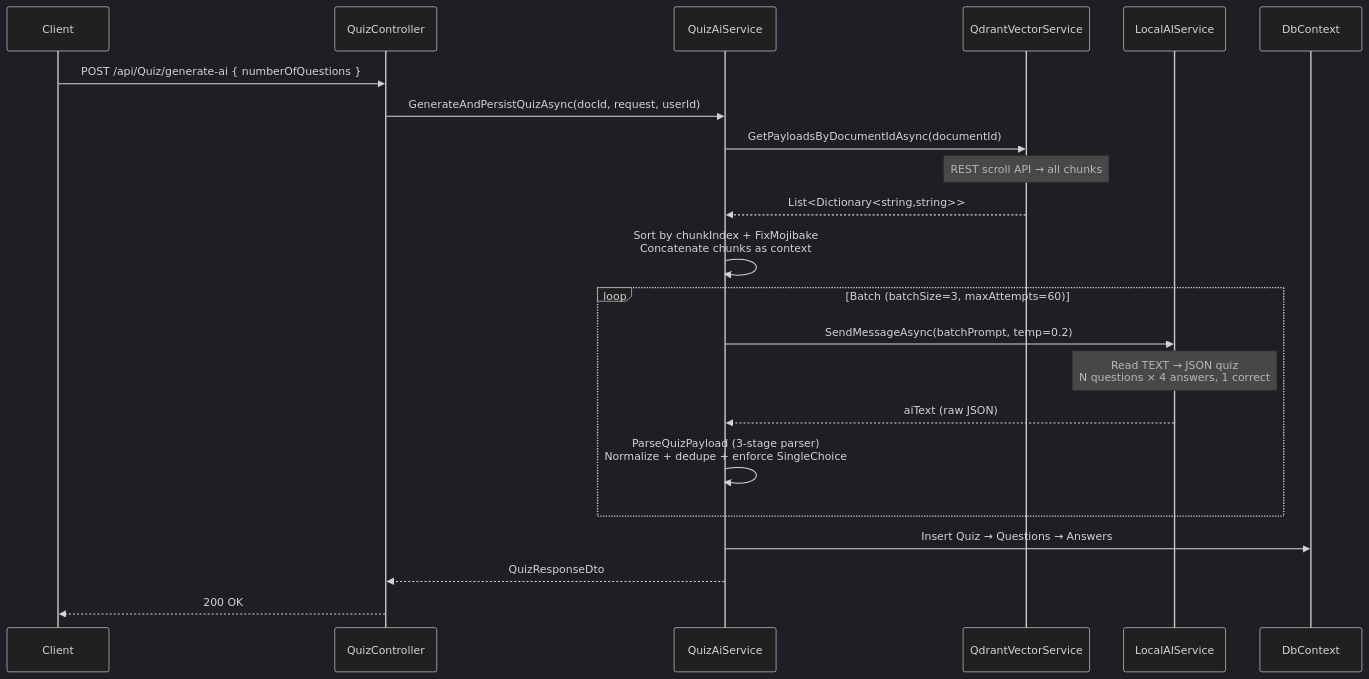
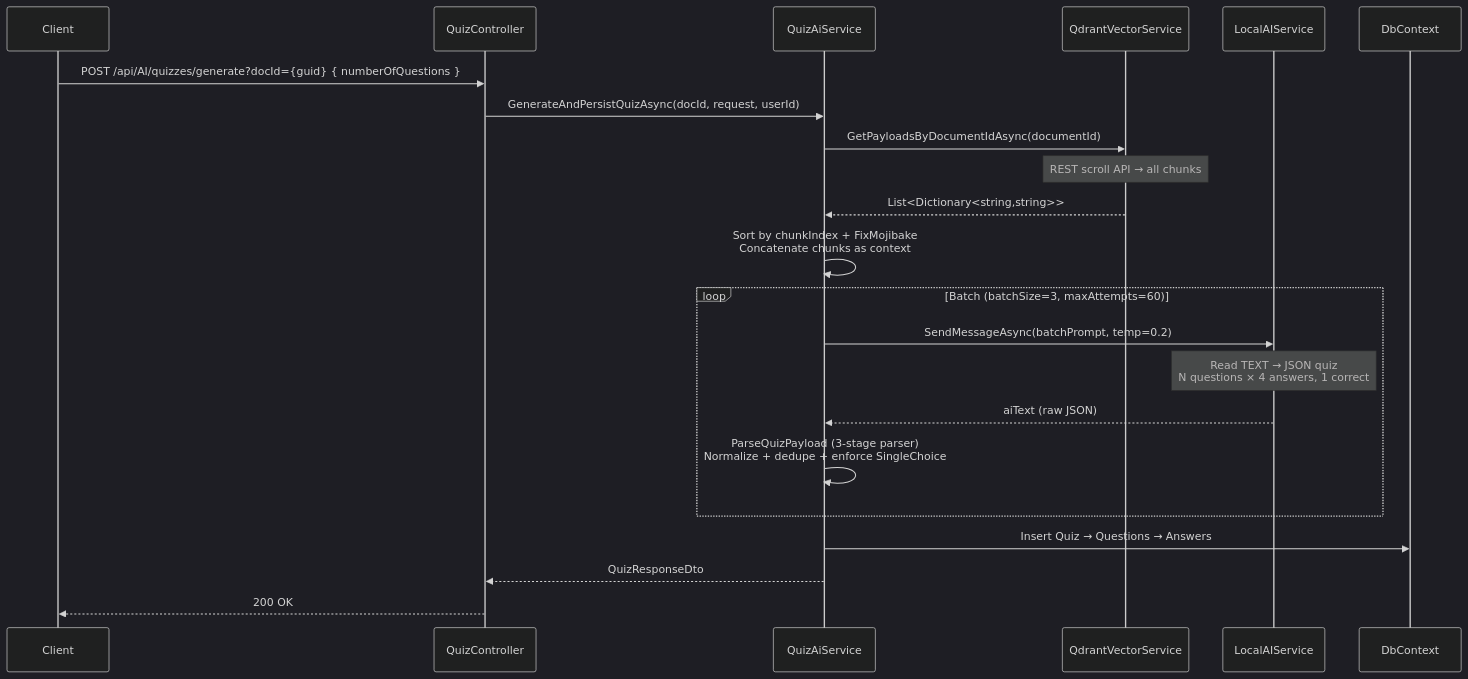
Before and after one commit to SWP391-SU26-SE1923-GROUP5/BE-SWP: the fourth of 5 diagrams in README.md, drawn with Mermaid (dark theme). The commit also changed other lines of this file and 3 other files, not shown here.

````diff
--- a/README.md
+++ b/README.md
@@ -208,27 +208,27 @@
 ```mermaid
 sequenceDiagram
     participant Client
     participant Ctrl as QuizController
     participant Svc as QuizAiService
     participant Qdrant as QdrantVectorService
     participant LLM as LocalAIService
     participant DB as DbContext
 
-    Client->>Ctrl: POST /api/Quiz/generate-ai { numberOfQuestions }
+    Client->>Ctrl: POST /api/AI/quizzes/generate?docId={guid} { numberOfQuestions }
     Ctrl->>Svc: GenerateAndPersistQuizAsync(docId, request, userId)
     Svc->>Qdrant: GetPayloadsByDocumentIdAsync(documentId)
     Note over Qdrant: REST scroll API → all chunks
     Qdrant-->>Svc: List<Dictionary<string,string>>
     Svc->>Svc: Sort by chunkIndex + FixMojibake<br/>Concatenate chunks as context
 
     loop Batch (batchSize=3, maxAttempts=60)
         Svc->>LLM: SendMessageAsync(batchPrompt, temp=0.2)
         Note over LLM: Read TEXT → JSON quiz<br/>N questions × 4 answers, 1 correct
         LLM-->>Svc: aiText (raw JSON)
         Svc->>Svc: ParseQuizPayload (3-stage parser)<br/>Normalize + dedupe + enforce SingleChoice
     end
 
     Svc->>DB: Insert Quiz → Questions → Answers
     Svc-->>Ctrl: QuizResponseDto
     Ctrl-->>Client: 200 OK
 ```
````
